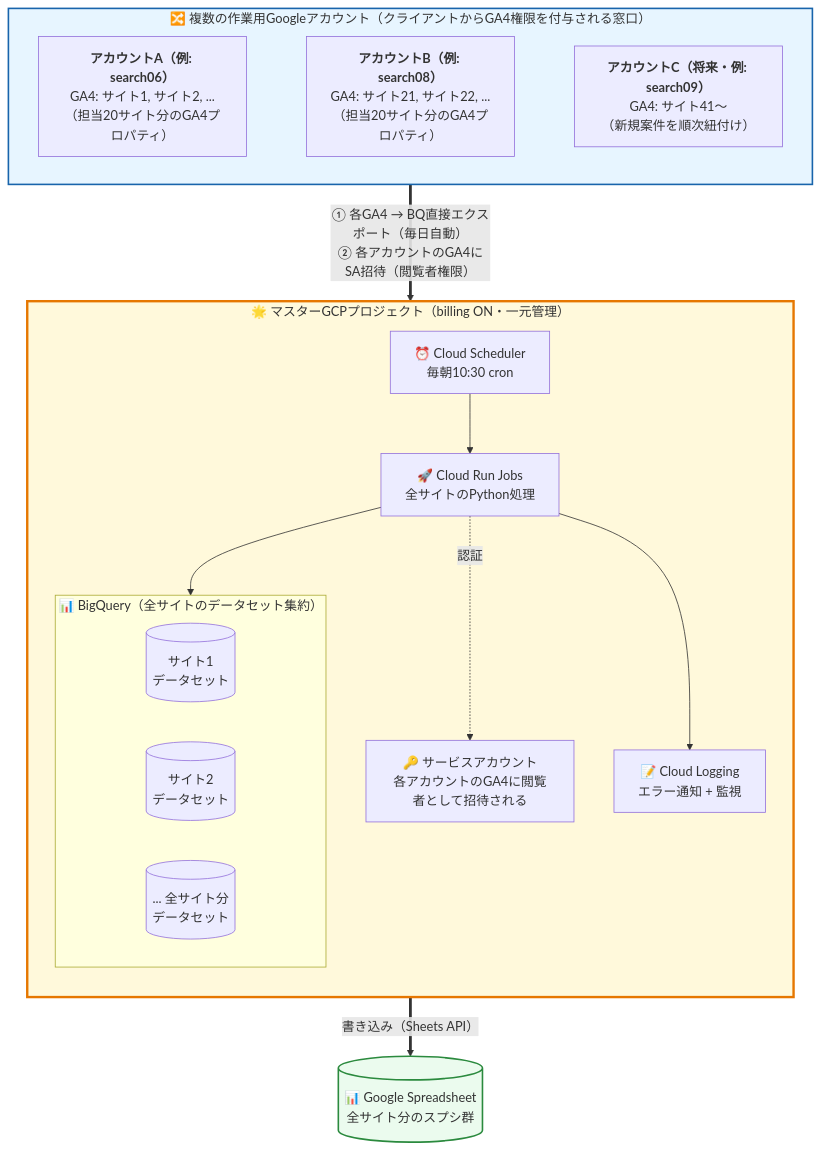
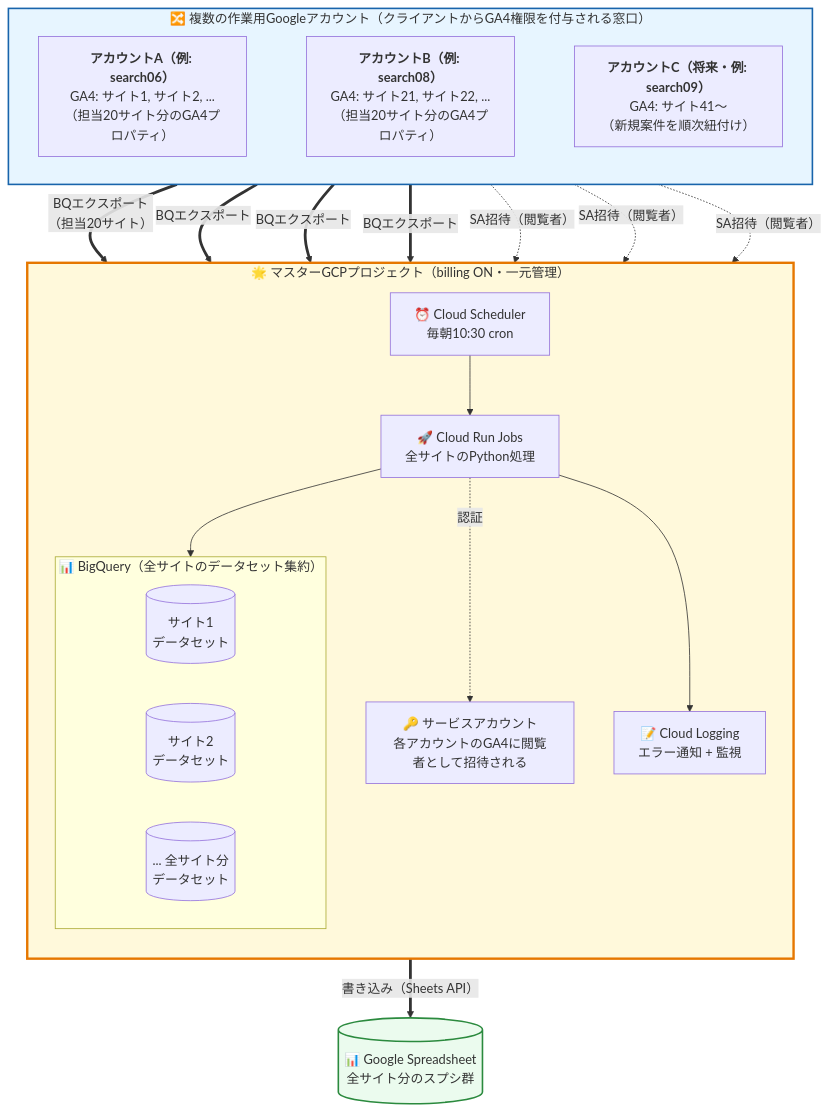
One commit to itakura-t-hue/claude changed the sixth of 8 diagrams in tools/seo-dashboard/setup_guide_generic.md. Above: the diagram before and after it, drawn with Mermaid.

Commit message:
setup_guide_generic: D-2図に個別矢印(BQエクスポート/SA招待)を復活
削り過ぎだった個別関係性の矢印を戻す:
- AcctA→DS1, AcctA→DS2, AcctB→DSN, AcctC→DSN (BQエクスポート4本)
- AcctA→MSA, AcctB→MSA, AcctC→MSA (SA招待3本)
- Master→SHEET (書き込み)
どのアカウントがどのデータセットに書くか/どうSA招待してるかが見える構造に戻す。

````diff
--- a/tools/seo-dashboard/setup_guide_generic.md
+++ b/tools/seo-dashboard/setup_guide_generic.md
@@ -1024,38 +1024,48 @@
 ```mermaid
 flowchart TB
     subgraph Accounts["🔀 複数の作業用Googleアカウント（クライアントからGA4権限を付与される窓口）"]
         direction LR
         AcctA["<b>アカウントA（例: search06）</b><br/>GA4: サイト1, サイト2, ...<br/>（担当20サイト分のGA4プロパティ）"]
         AcctB["<b>アカウントB（例: search08）</b><br/>GA4: サイト21, サイト22, ...<br/>（担当20サイト分のGA4プロパティ）"]
         AcctC["<b>アカウントC（将来・例: search09）</b><br/>GA4: サイト41〜<br/>（新規案件を順次紐付け）"]
         AcctA ~~~ AcctB ~~~ AcctC
     end
 
     subgraph Master["🌟 マスターGCPプロジェクト（billing ON・一元管理）"]
         direction TB
         MSCHED["⏰ Cloud Scheduler<br/>毎朝10:30 cron"]
         MCR["🚀 Cloud Run Jobs<br/>全サイトのPython処理"]
         MSA["🔑 サービスアカウント<br/>各アカウントのGA4に閲覧者として招待される"]
         subgraph MBQ["📊 BigQuery（全サイトのデータセット集約）"]
             direction LR
             DS1[(サイト1<br/>データセット)]
             DS2[(サイト2<br/>データセット)]
             DSN[(... 全サイト分<br/>データセット)]
         end
         MLOG["📝 Cloud Logging<br/>エラー通知 + 監視"]
 
         MSCHED --> MCR
         MCR -. "認証" .-> MSA
         MCR --> MBQ
         MCR --> MLOG
     end
 
     SHEET[("📊 Google Spreadsheet<br/>全サイト分のスプシ群")]
 
-    Accounts == "① 各GA4 → BQ直接エクスポート（毎日自動）<br/>② 各アカウントのGA4にSA招待（閲覧者権限）" ==> Master
+    %% アカウント→BigQueryデータセット（BQ直接エクスポート）
+    AcctA == "BQエクスポート<br/>（担当20サイト）" ==> DS1
+    AcctA == "BQエクスポート" ==> DS2
+    AcctB == "BQエクスポート" ==> DSN
+    AcctC == "BQエクスポート" ==> DSN
+
+    %% アカウント→SA（SA招待）
+    AcctA -. "SA招待（閲覧者）" .-> MSA
+    AcctB -. "SA招待（閲覧者）" .-> MSA
+    AcctC -. "SA招待（閲覧者）" .-> MSA
+
     Master == "書き込み（Sheets API）" ==> SHEET
 
     style Master fill:#fff9db,stroke:#e67700,stroke-width:3px
     style Accounts fill:#e7f5ff,stroke:#1864ab,stroke-width:2px
     style SHEET fill:#ebfbee,stroke:#2b8a3e,stroke-width:2px
 ```
````
